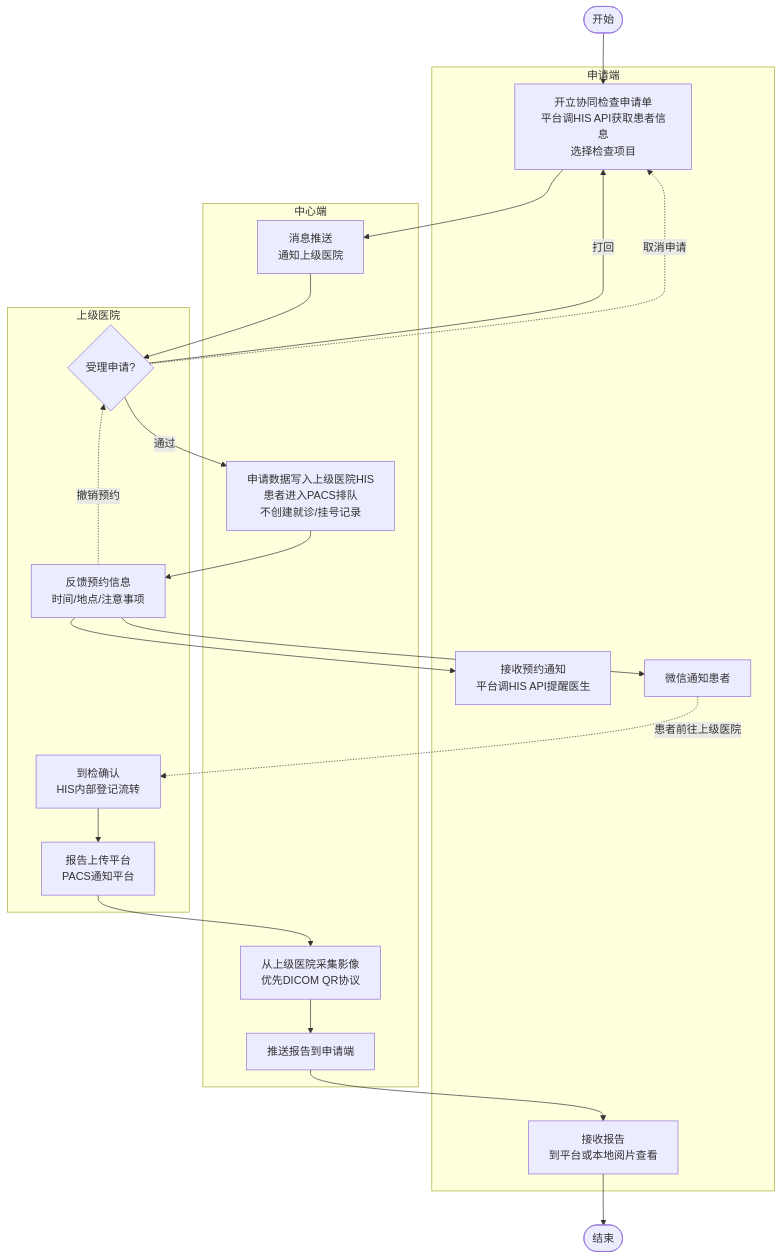
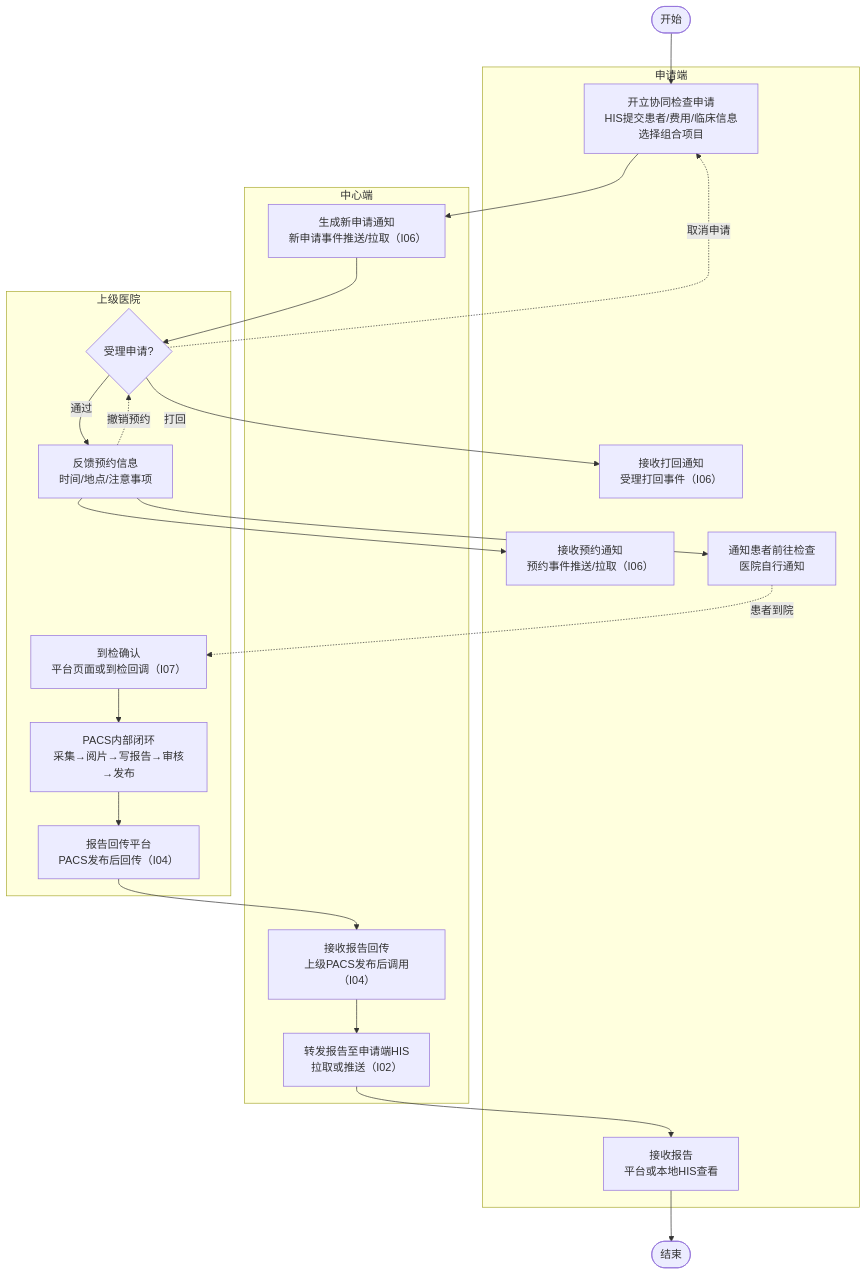
One commit to taskMain/Lis changed the second of 2 diagrams in 协同平台/需求规约 - 影像诊断中心系统.md. Above: the diagram before and after it, drawn with Mermaid. The commit also changed other lines of this file and 35 other files, not shown here.

````diff
--- a/协同平台/需求规约 - 影像诊断中心系统.md
+++ b/协同平台/需求规约 - 影像诊断中心系统.md
@@ -287,37 +445,33 @@
 ```mermaid
 graph TD
     subgraph 申请端
-        A1[开立协同检查申请单<br/>平台调HIS API获取患者信息<br/>选择检查项目]
-        A2[接收预约通知<br/>平台调HIS API提醒医生]
-        A3[微信通知患者]
-        A4[接收报告<br/>到平台或本地阅片查看]
+        A1[开立协同检查申请<br/>HIS提交患者/费用/临床信息<br/>选择组合项目]
+        A2[接收预约通知<br/>预约事件推送/拉取（I06）]
+        A3[通知患者前往检查<br/>医院自行通知]
+        A4[接收报告<br/>平台或本地HIS查看]
+        A5[接收打回通知<br/>受理打回事件（I06）]
     end
-
     subgraph 中心端
-        B1[消息推送<br/>通知上级医院]
-        B2[申请数据写入上级医院HIS<br/>患者进入PACS排队<br/>不创建就诊/挂号记录]
-        B3[从上级医院采集影像<br/>优先DICOM QR协议]
-        B4[推送报告到申请端]
+        B1[生成新申请通知<br/>新申请事件推送/拉取（I06）]
+        B2[接收报告回传<br/>上级PACS发布后调用（I04）]
+        B3[转发报告至申请端HIS<br/>拉取或推送（I02）]
     end
-
     subgraph 上级医院
         C1{受理申请?}
         C3[反馈预约信息<br/>时间/地点/注意事项]
-        C4[到检确认<br/>HIS内部登记流转]
-        C8[报告上传平台<br/>PACS通知平台]
+        C4[到检确认<br/>平台页面或到检回调（I07）]
+        C5[PACS内部闭环<br/>采集→阅片→写报告→审核→发布]
+        C8[报告回传平台<br/>PACS发布后回传（I04）]
     end
-
     START([开始]) --> A1 --> B1 --> C1
-    C1 -- 打回 --> A1
-    C1 -- 通过 --> B2 --> C3
+    C1 -- 打回 --> A5
+    C1 -- 通过 --> C3
     C3 --> A2
     C3 --> A3
     C3 -. 撤销预约 .-> C1
     C1 -. 取消申请 .-> A1
-    A3 -. 患者前往上级医院 .-> C4
-    C4 --> C8
-    C8 --> B3
-    B3 --> B4
-    B4 --> A4
+    A3 -. 患者到院 .-> C4
+    C4 --> C5 --> C8
+    C8 --> B2 --> B3 --> A4
     A4 --> END([结束])
 ```
````
